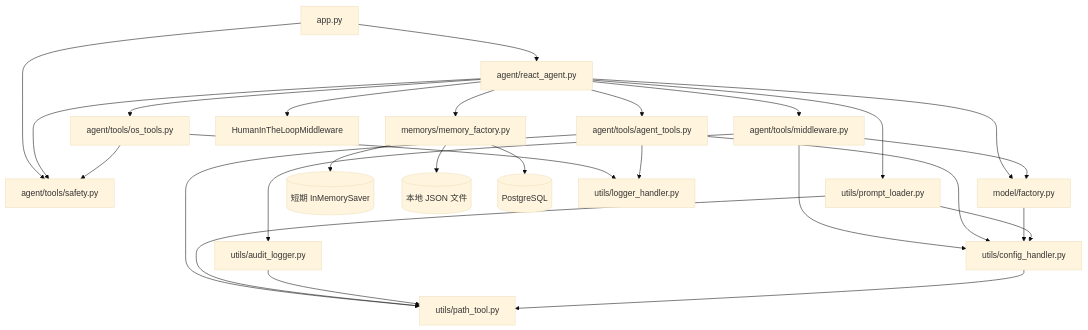
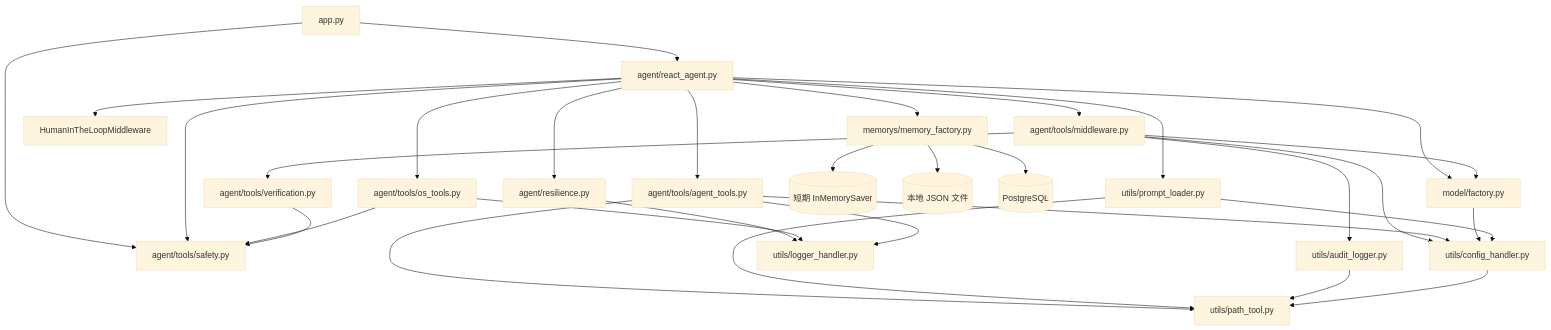
One commit to AX3031/Hybrid_Agent01 changed the second of 4 diagrams in docs/ARCHITECTURE.md. Above: the diagram before and after it, drawn with Mermaid (base theme). The commit also changed other lines of this file and 27 other files, not shown here.

Commit message:
feat(agent): keep ReAct loop alive on tool failures with retry and result verification

````diff
--- a/docs/ARCHITECTURE.md
+++ b/docs/ARCHITECTURE.md
@@ -276,29 +283,33 @@
 ```mermaid
 flowchart TB
     APP[app.py] --> RA[agent/react_agent.py]
     APP --> SF[agent/tools/safety.py]
     RA --> MF[model/factory.py]
     RA --> PL[utils/prompt_loader.py]
     RA --> SF
     RA --> OT[agent/tools/os_tools.py]
     RA --> AT[agent/tools/agent_tools.py]
     RA --> MW[agent/tools/middleware.py]
+    RA --> RS[agent/resilience.py]
     RA --> HITL[HumanInTheLoopMiddleware]
     OT --> SF
     MW --> MF
+    MW --> VF[agent/tools/verification.py]
     MW --> CH[utils/config_handler.py]
     MW --> AL[utils/audit_logger.py]
+    VF --> SF
+    RS --> LG[utils/logger_handler.py]
     RA --> MEM[memorys/memory_factory.py]
     MEM --> IM[(短期 InMemorySaver)]
     MEM --> FJ[(本地 JSON 文件)]
     MEM --> PG[(PostgreSQL)]
     OT --> LG[utils/logger_handler.py]
     AT --> CH
     AT --> LG
     AT --> PT[utils/path_tool.py]
     MF --> CH
     PL --> CH
     PL --> PT
     AL --> PT
     CH --> PT
 ```
````
